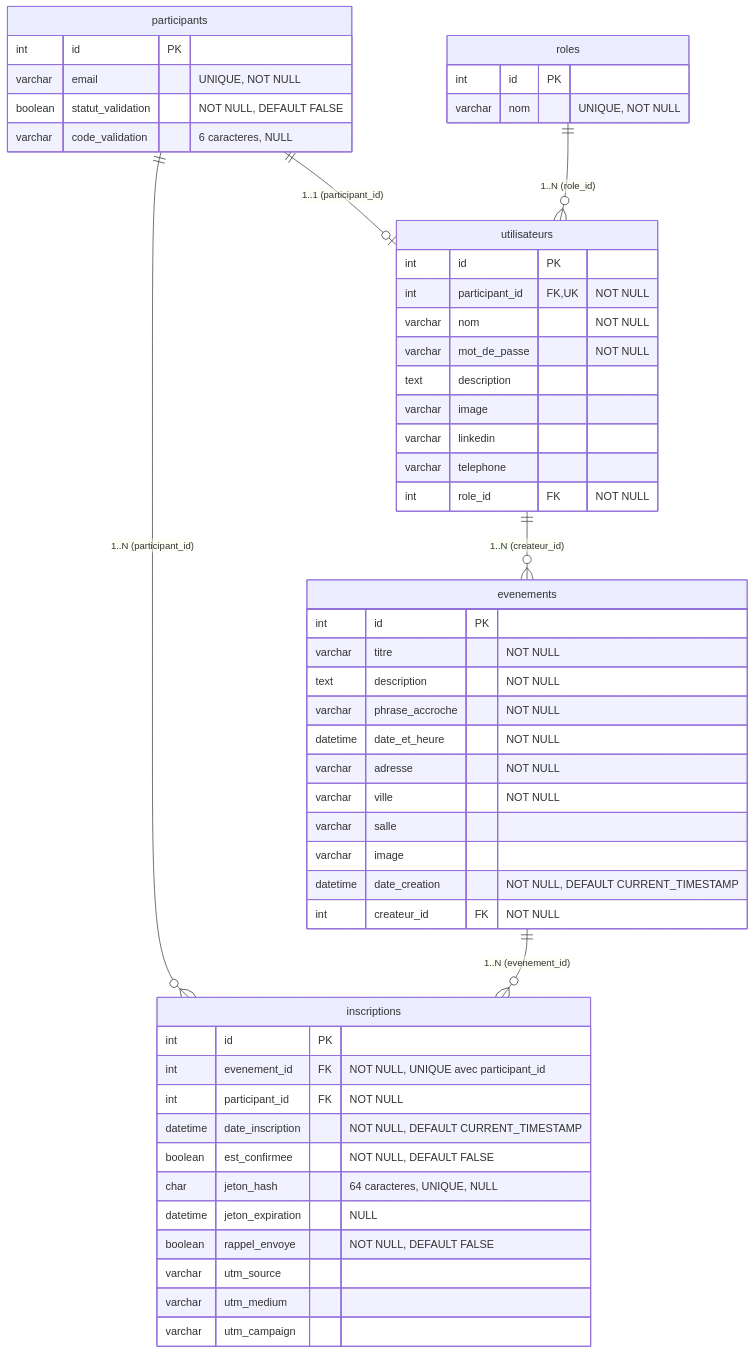
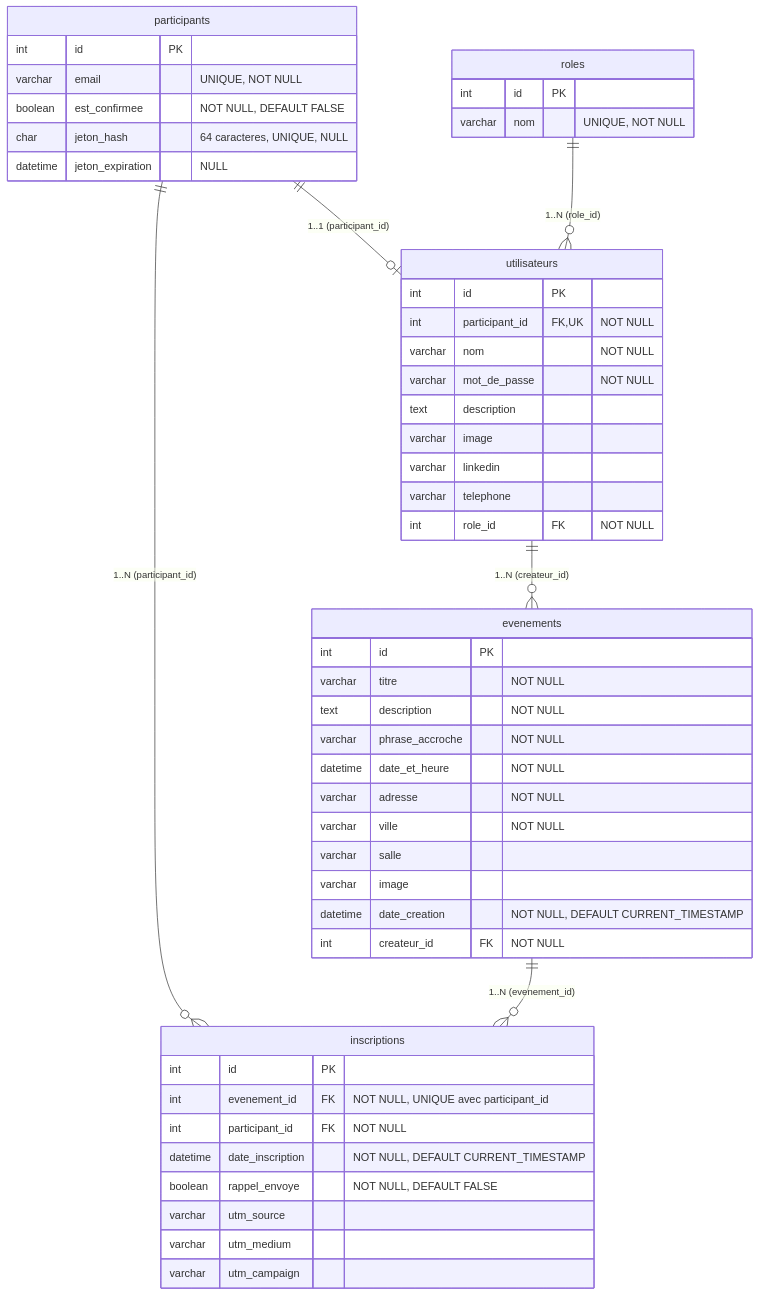
The diagram in diagrams/mld.mermaid (QuentinThuler/ProgServ2_Mikael-Juillet_Quentin-Thuler), drawn with Mermaid before and after one commit. The commit also changed 2 other files, not shown here.

```diff
--- a/diagrams/mld.mermaid
+++ b/diagrams/mld.mermaid
@@ -1,54 +1,52 @@
 erDiagram
     roles {
         int id PK
         varchar nom "UNIQUE, NOT NULL"
     }
     participants {
         int id PK
         varchar email "UNIQUE, NOT NULL"
-        boolean statut_validation "NOT NULL, DEFAULT FALSE"
-        varchar code_validation "6 caracteres, NULL"
+        boolean est_confirmee "NOT NULL, DEFAULT FALSE"
+        char jeton_hash "64 caracteres, UNIQUE, NULL"
+        datetime jeton_expiration "NULL"
     }
     utilisateurs {
         int id PK
         int participant_id FK, UK "NOT NULL"
         varchar nom "NOT NULL"
         varchar mot_de_passe "NOT NULL"
         text description
         varchar image
         varchar linkedin
         varchar telephone
         int role_id FK "NOT NULL"
     }
     evenements {
         int id PK
         varchar titre "NOT NULL"
         text description "NOT NULL"
         varchar phrase_accroche "NOT NULL"
         datetime date_et_heure "NOT NULL"
         varchar adresse "NOT NULL"
         varchar ville "NOT NULL"
         varchar salle
         varchar image
         datetime date_creation "NOT NULL, DEFAULT CURRENT_TIMESTAMP"
         int createur_id FK "NOT NULL"
     }
     inscriptions {
         int id PK
         int evenement_id FK "NOT NULL, UNIQUE avec participant_id"
         int participant_id FK "NOT NULL"
         datetime date_inscription "NOT NULL, DEFAULT CURRENT_TIMESTAMP"
-        boolean est_confirmee "NOT NULL, DEFAULT FALSE"
-        char jeton_hash "64 caracteres, UNIQUE, NULL"
-        datetime jeton_expiration "NULL"
         boolean rappel_envoye "NOT NULL, DEFAULT FALSE"
         varchar utm_source
         varchar utm_medium
         varchar utm_campaign
     }
 
     participants ||--o| utilisateurs : "1..1 (participant_id)"
     roles ||--o{ utilisateurs : "1..N (role_id)"
     utilisateurs ||--o{ evenements : "1..N (createur_id)"
     participants ||--o{ inscriptions : "1..N (participant_id)"
     evenements ||--o{ inscriptions : "1..N (evenement_id)"
```
